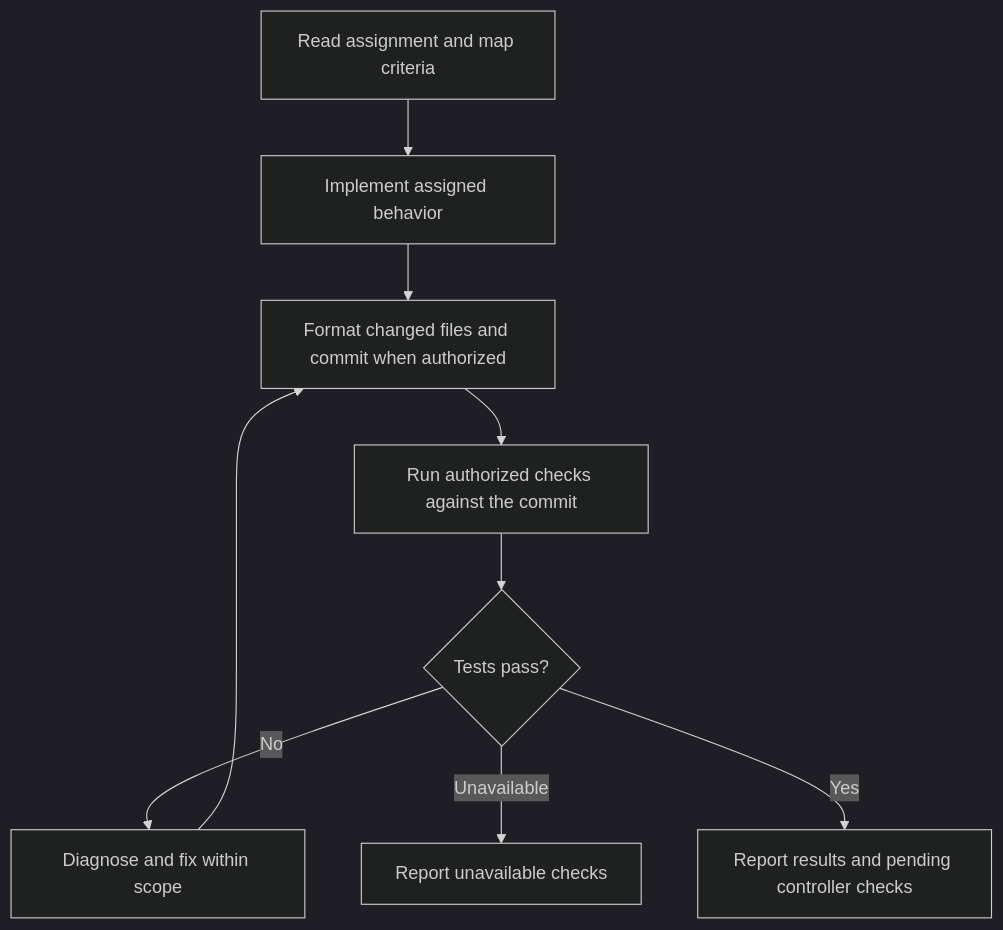
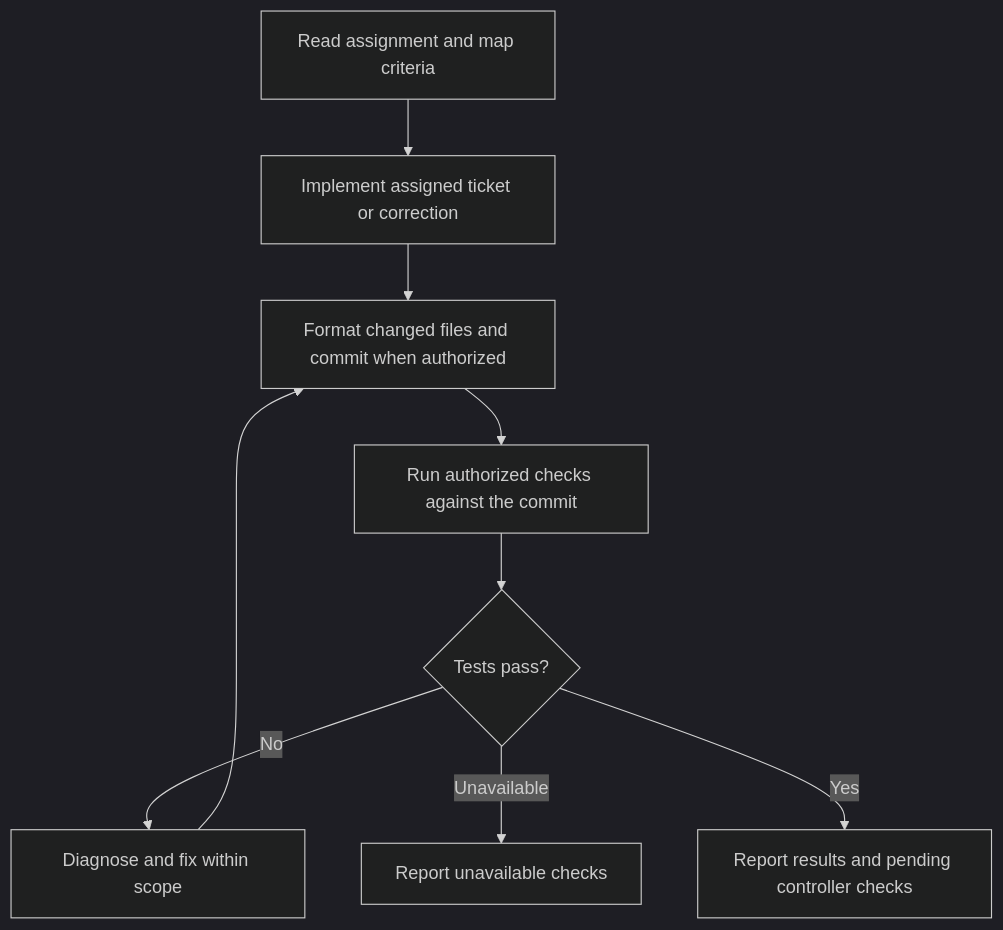
One commit to UseTheFork/spindle changed the diagram in .github/agents/sdd-implementer.agent.md. Above: the diagram before and after it, drawn with Mermaid (dark theme). The commit also changed other lines of this file and 26 other files, not shown here.

````diff
--- a/.github/agents/sdd-implementer.agent.md
+++ b/.github/agents/sdd-implementer.agent.md
@@ -55,11 +55,11 @@
 ```mermaid
 flowchart TD
-    A[Read assignment and map criteria] --> B[Implement assigned behavior]
+    A[Read assignment and map criteria] --> B[Implement assigned ticket or correction]
     B --> P[Format changed files and commit when authorized]
     P --> C[Run authorized checks against the commit]
     C --> D{Tests pass?}
     D -- No --> E[Diagnose and fix within scope]
     E --> P
     D -- Unavailable --> F[Report unavailable checks]
     D -- Yes --> G[Report results and pending controller checks]
 ```
````
